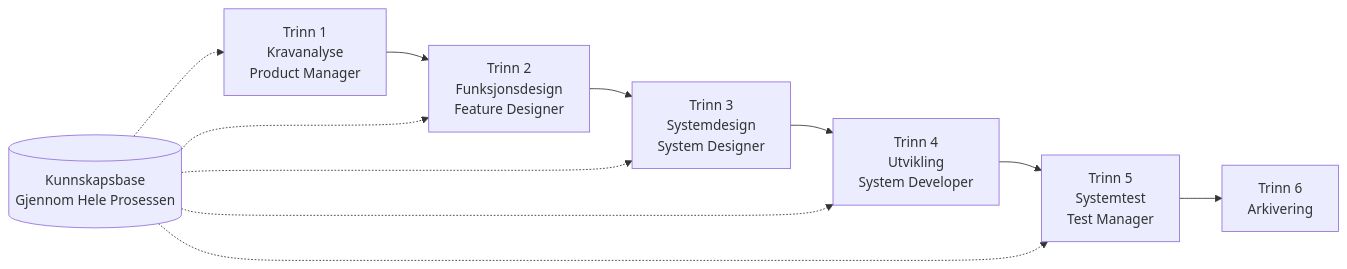
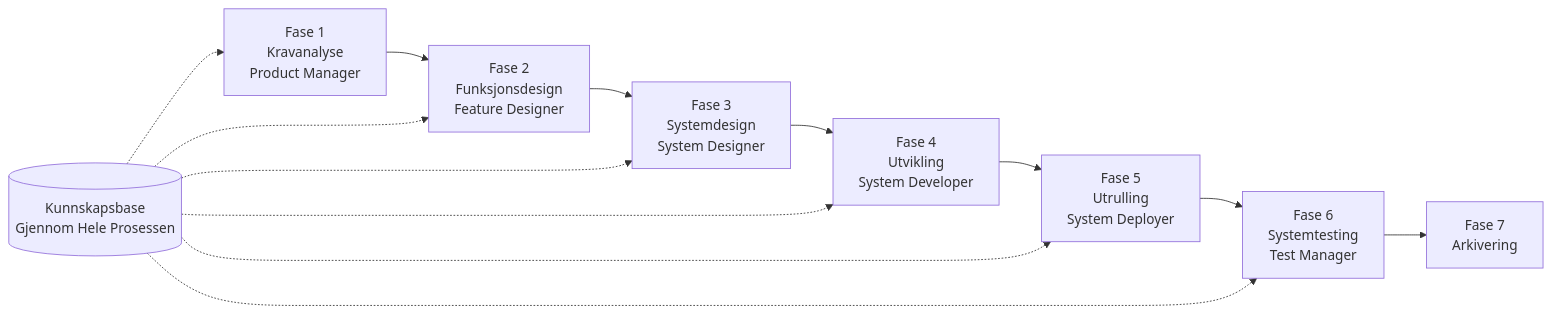
The diagram in docs/GETTING-STARTED.no.md (charlesmu99/speccrew), drawn with Mermaid before and after one commit. The commit also changed other lines of this file and 35 other files, not shown here.

````diff
--- a/docs/GETTING-STARTED.no.md
+++ b/docs/GETTING-STARTED.no.md
@@ -144,14 +70,16 @@
 ```mermaid
 flowchart LR
-    PRD[Trinn 1<br/>Kravanalyse<br/>Product Manager] --> FD[Trinn 2<br/>Funksjonsdesign<br/>Feature Designer]
-    FD --> SD[Trinn 3<br/>Systemdesign<br/>System Designer]
-    SD --> DEV[Trinn 4<br/>Utvikling<br/>System Developer]
-    DEV --> TEST[Trinn 5<br/>Systemtest<br/>Test Manager]
-    TEST --> ARCHIVE[Trinn 6<br/>Arkivering]
+    PRD[Fase 1<br/>Kravanalyse<br/>Product Manager] --> FD[Fase 2<br/>Funksjonsdesign<br/>Feature Designer]
+    FD --> SD[Fase 3<br/>Systemdesign<br/>System Designer]
+    SD --> DEV[Fase 4<br/>Utvikling<br/>System Developer]
+    DEV --> DEPLOY[Fase 5<br/>Utrulling<br/>System Deployer]
+    DEPLOY --> TEST[Fase 6<br/>Systemtesting<br/>Test Manager]
+    TEST --> ARCHIVE[Fase 7<br/>Arkivering]
     
     KB[(Kunnskapsbase<br/>Gjennom Hele Prosessen)] -.-> PRD
     KB -.-> FD
     KB -.-> SD
     KB -.-> DEV
+    KB -.-> DEPLOY
     KB -.-> TEST
 ```
````
